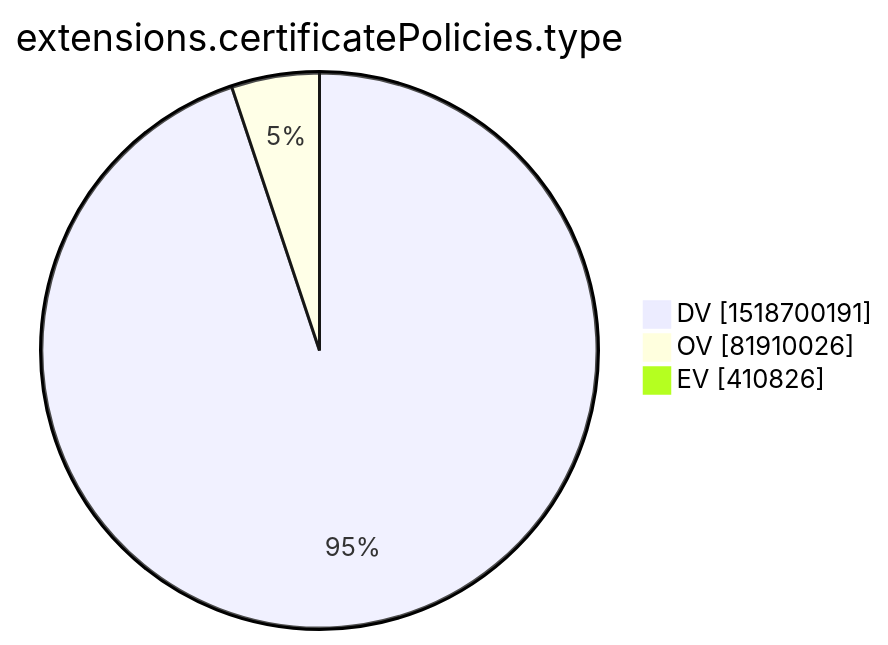
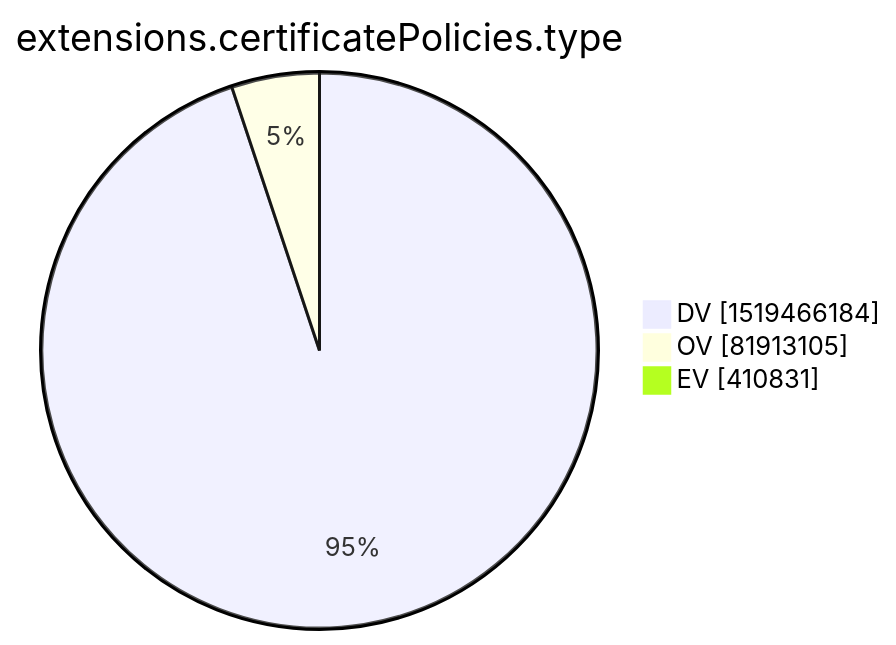
Before and after one commit to christiankrug/ctmonitor_visualization: the tenth of 15 diagrams in xenon2022/README.md, drawn with Mermaid. The commit also changed other lines of this file, not shown here.

````diff
--- a/xenon2022/README.md
+++ b/xenon2022/README.md
@@ -2875,7 +2875,7 @@
 ```mermaid
 pie showData
 title extensions.certificatePolicies.type
-"DV" :1518700191
-"OV" :81910026
-"EV" :410826
+"DV" :1519466184
+"OV" :81913105
+"EV" :410831
 ```
````
